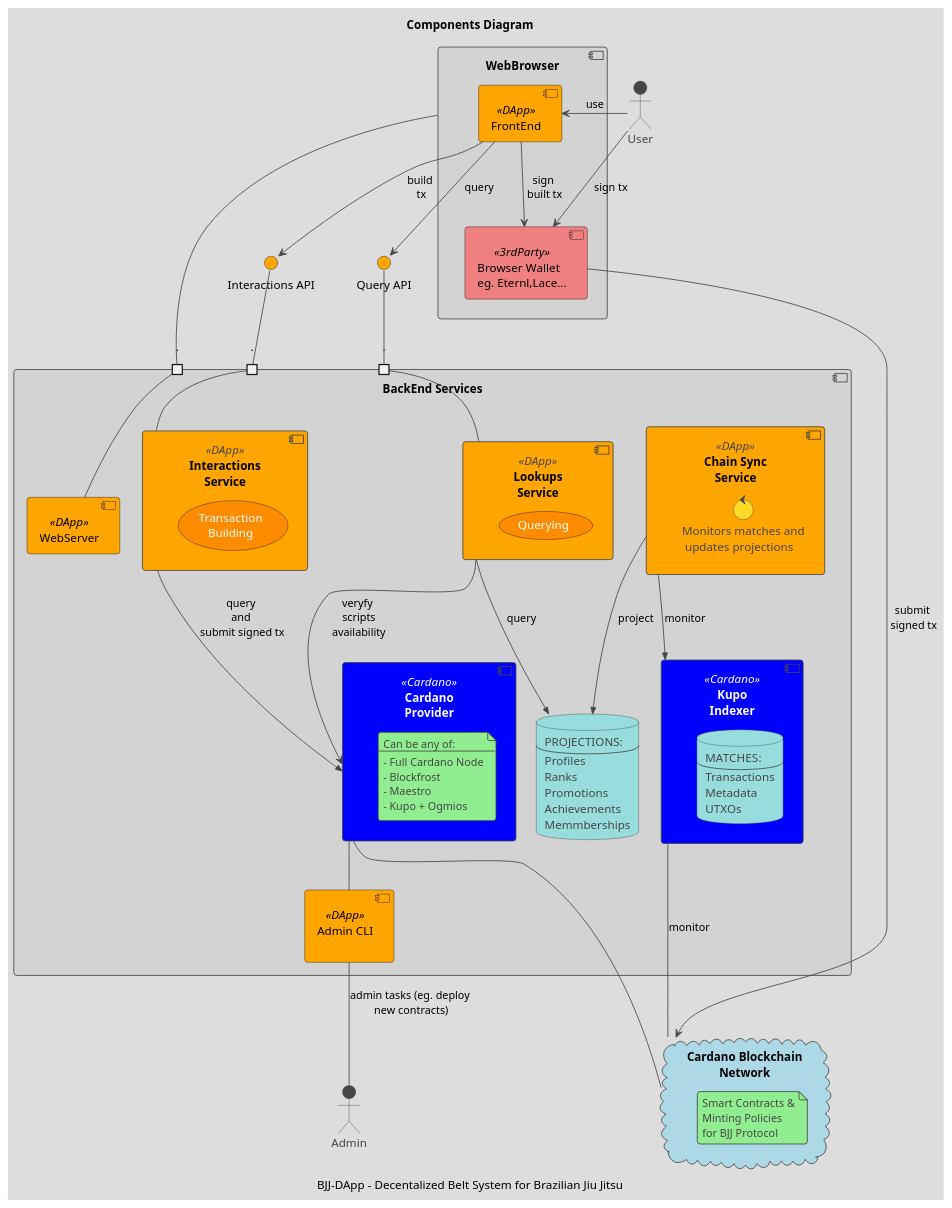
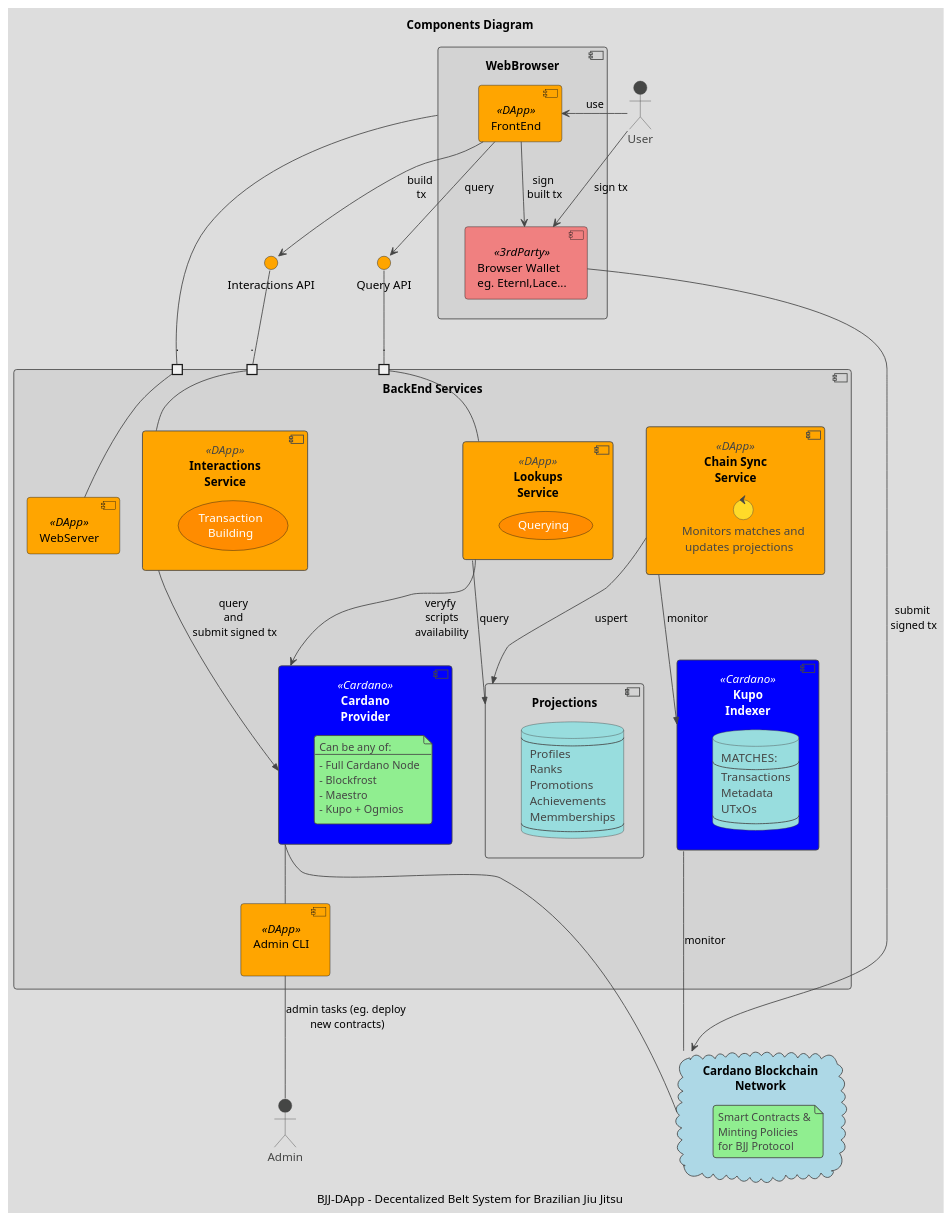
The diagram in puml/ComponentDiagram.puml (en7angled/Decentralized-Belt-System), drawn with PlantUML before and after one commit. The commit also changed 12 other files, not shown here.

```diff
--- a/puml/ComponentDiagram.puml
+++ b/puml/ComponentDiagram.puml
@@ -1,140 +1,144 @@
 @startuml ComponentDiagram
 !theme toy
 
 title "Components Diagram"
 caption: BJJ-DApp - Decentalized Belt System for Brazilian Jiu Jitsu
 
 
 skinparam interface {
     BackgroundColor Orange
 }
 
 skinparam component {
     BackgroundColor<<DApp>> Orange
     FontSize Black
 
     BackgroundColor<<3rdParty>> LightCoral
     BackgroundColor<<Cardano>> Blue
     FontColor<<Cardano>>  White
 }
 
 skinparam cloud {
     BackgroundColor LightBlue
 }
 skinparam usecase {
     BackgroundColor DarkOrange
     FontColor White
 }
 
 
 Actor User
 Actor Admin
 
 component WebBrowser #LightGray {
     component BrowserWallet as "Browser Wallet\neg. Eternl,Lace..." <<3rdParty>>
     component UI as "FrontEnd" <<DApp>>
 }
 
 
 
 
 
 component BackEnd  as "BackEnd Services"  #LightGray   {
 
     component AdminCLI as "Admin CLI\n" <<DApp>>
 
     component CardanoProvider <<Cardano>> as "Cardano\nProvider"  {
 
         note as N
         Can be any of:
         ---
         - Full Cardano Node
         - Blockfrost
         - Maestro
         - Kupo + Ogmios
         end note
     }
 
     component Kupo as "Kupo\nIndexer" <<Cardano>>  {
         database KupoDB as "MATCHES:
         --
         Transactions
         Metadata
-        UTXOs
+        UTxOs
+        --
         "
     }
 
     component WebServer <<DApp>>
     component Interactions  <<DApp>> as "Interactions\nService" {
         usecase TxBuilding as "Transaction\nBuilding"
 
     }
     component Lookups <<DApp>> as "Lookups\nService" {
         usecase Querying as "Querying"
     }
     component ChainSync <<DApp>>  as "Chain Sync\nService"{
         control Monitoring as "Monitors matches and\n updates projections"
     }
-    database  LocalDB as "PROJECTIONS:
-    --
-    Profiles
-    Ranks
-    Promotions
-    Achievements
-    Memmberships
-    "
+    component Projections   as "Projections"{
 
+        database  LocalDB as "
+        --
+        Profiles
+        Ranks
+        Promotions
+        Achievements
+        Memmberships
+        --
+        "
+    }
 
     portin webserverPort as "."
     portin interactionsPort as "."
     portin queryPort as "."
 
     WebServer - webserverPort
     Interactions - interactionsPort
     Lookups - queryPort
 
     Interactions -->> CardanoProvider : query\n and \n submit signed tx
     Lookups --> CardanoProvider : veryfy\n scripts\n availability
 
-    ChainSync -->> LocalDB : project
-    Lookups -->> LocalDB : query
+    ChainSync -->> Projections : uspert
+    Lookups -->> Projections : query
     ChainSync -->> Kupo : monitor
 
 
 
 }
 interface InteractionsAPI as "Interactions API"
 interface QueryAPI as "Query API"
 interactionsPort -up- InteractionsAPI
 queryPort -up- QueryAPI
 
 
 
 cloud BlockchainNetwork as "Cardano Blockchain\nNetwork" {
     note as SmarContracts
     Smart Contracts &
     Minting Policies
     for BJJ Protocol
     end note
 }
 
 
 User -> UI : use
 WebBrowser - webserverPort
 UI --> InteractionsAPI : build\n tx
 UI --> QueryAPI : query
 
 UI -down-> BrowserWallet : "sign\n built tx"
 User -> BrowserWallet : "sign tx"
 BrowserWallet --> BlockchainNetwork : "submit\n signed tx"
 
 
 Kupo --- BlockchainNetwork : monitor
 
 CardanoProvider -- BlockchainNetwork
 
 AdminCLI -up- CardanoProvider
 
 Admin -up- AdminCLI : admin tasks (eg. deploy\n new contracts)
 
 @enduml
```
